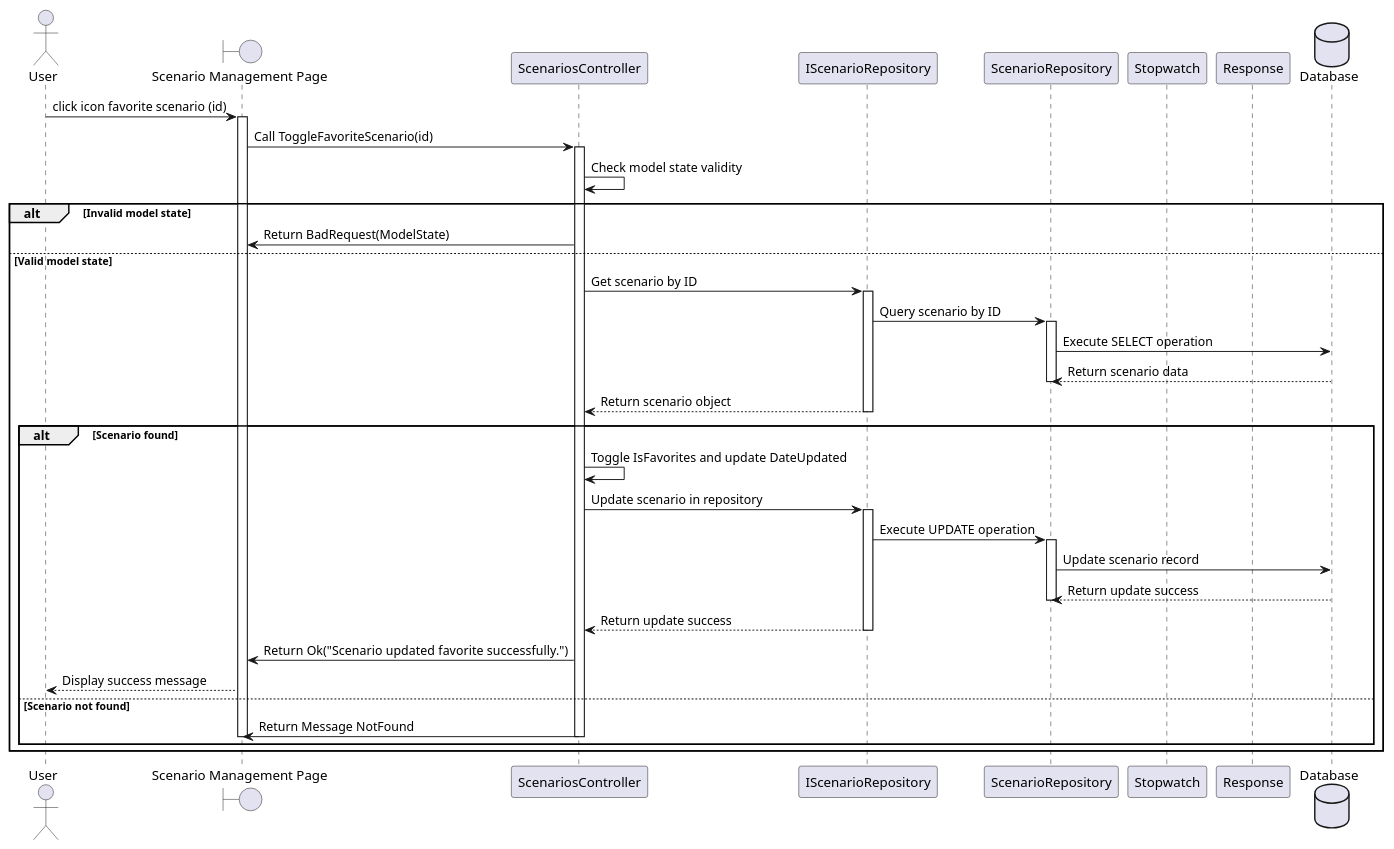
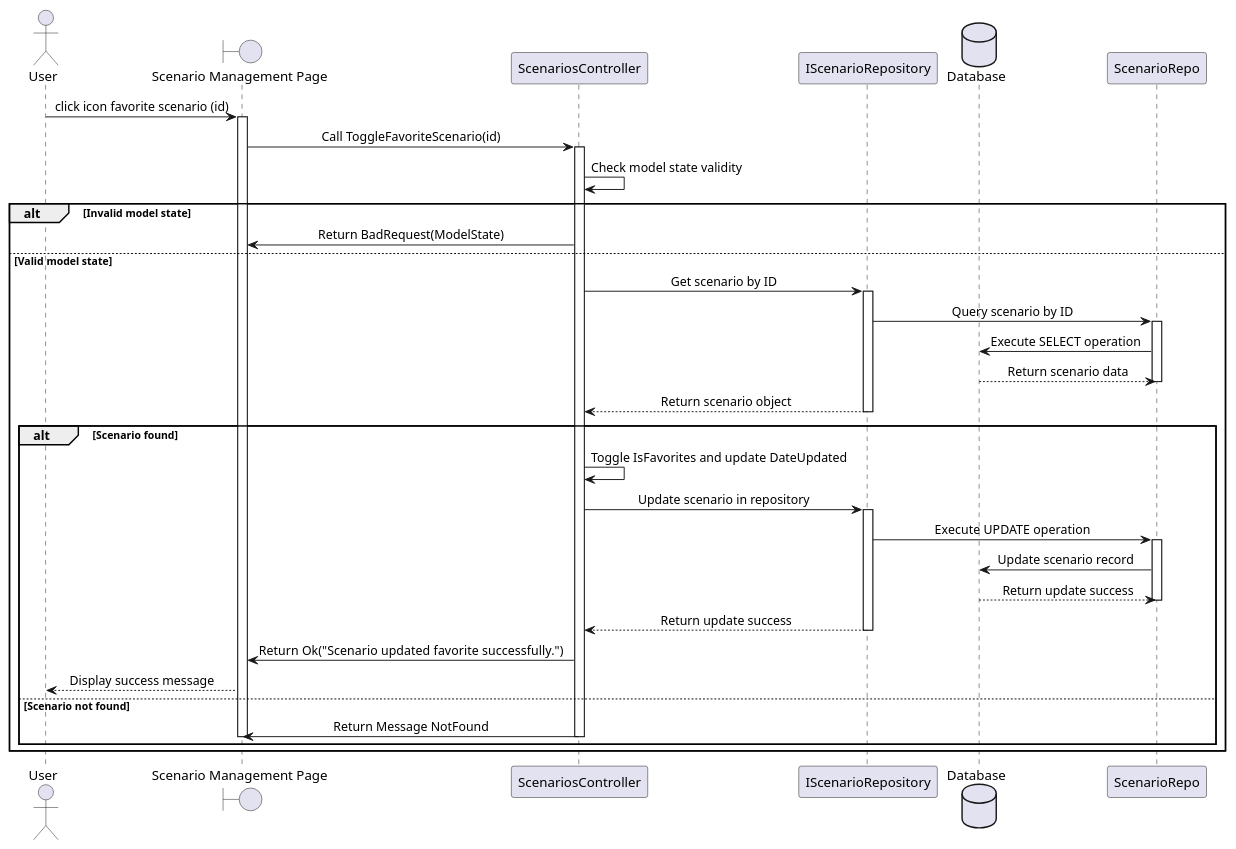
One commit to Caothuludau/InSyncDocument changed the diagram in ClassDiagram/ScenarioManagement/ToggleFavoriteSequenceDiagram.plantuml. Above: the diagram before and after it, drawn with PlantUML. The commit also changed 7 other files, not shown here.

Commit message:
code diagram

```diff
--- a/ClassDiagram/ScenarioManagement/ToggleFavoriteSequenceDiagram.plantuml
+++ b/ClassDiagram/ScenarioManagement/ToggleFavoriteSequenceDiagram.plantuml
@@ -1,55 +1,53 @@
 @startuml ToggleFavoriteScenarioSequenceDiagram
+skinparam SequenceMessageAlignment center
 actor "User" as U
 boundary "Scenario Management Page" as SPage
 participant "ScenariosController" as ScenariosController
 participant "IScenarioRepository" as IScenarioRepo
-participant "ScenarioRepository" as ScenarioRepo
-participant "Stopwatch" as Stopwatch
-participant "Response" as Response
 database "Database" as DB
 
 U -> SPage : click icon favorite scenario (id)
 activate SPage
 
 SPage -> ScenariosController : Call ToggleFavoriteScenario(id)
 activate ScenariosController
 
     ScenariosController -> ScenariosController : Check model state validity
     alt Invalid model state
         ScenariosController -> SPage : Return BadRequest(ModelState)
     else Valid model state
         ScenariosController -> IScenarioRepo : Get scenario by ID
         activate IScenarioRepo
         IScenarioRepo -> ScenarioRepo : Query scenario by ID
         activate ScenarioRepo
         ScenarioRepo -> DB : Execute SELECT operation
         DB --> ScenarioRepo : Return scenario data
         deactivate ScenarioRepo
         IScenarioRepo --> ScenariosController : Return scenario object
         deactivate IScenarioRepo
 
         alt Scenario found
             ScenariosController -> ScenariosController : Toggle IsFavorites and update DateUpdated
 
             ScenariosController -> IScenarioRepo : Update scenario in repository
             activate IScenarioRepo
             IScenarioRepo -> ScenarioRepo : Execute UPDATE operation
             activate ScenarioRepo
             ScenarioRepo -> DB : Update scenario record
             DB --> ScenarioRepo : Return update success
             deactivate ScenarioRepo
             IScenarioRepo --> ScenariosController : Return update success
             deactivate IScenarioRepo
 
             
             ScenariosController -> SPage : Return  Ok("Scenario updated favorite successfully.")
             SPage --> U : Display success message
         else Scenario not found
             ScenariosController -> SPage : Return Message NotFound
             deactivate SPage
             deactivate ScenariosController
         end
     end
 
 
 @enduml
```
